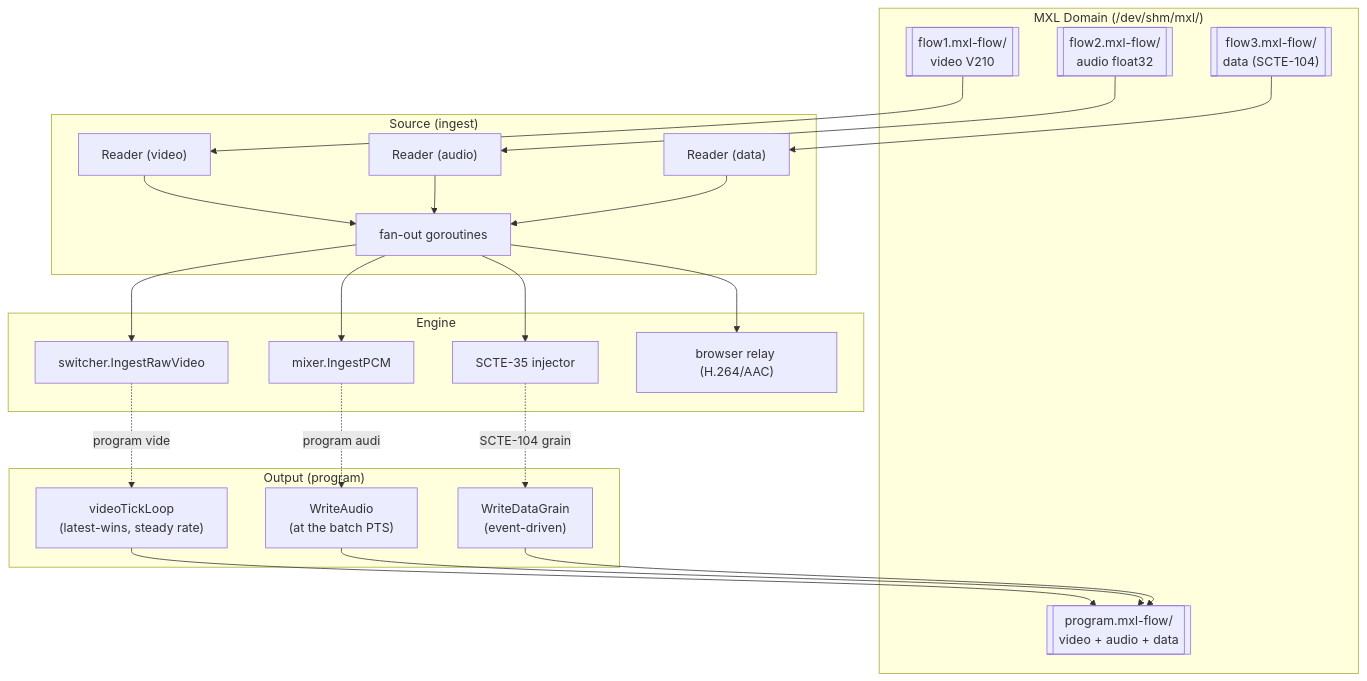
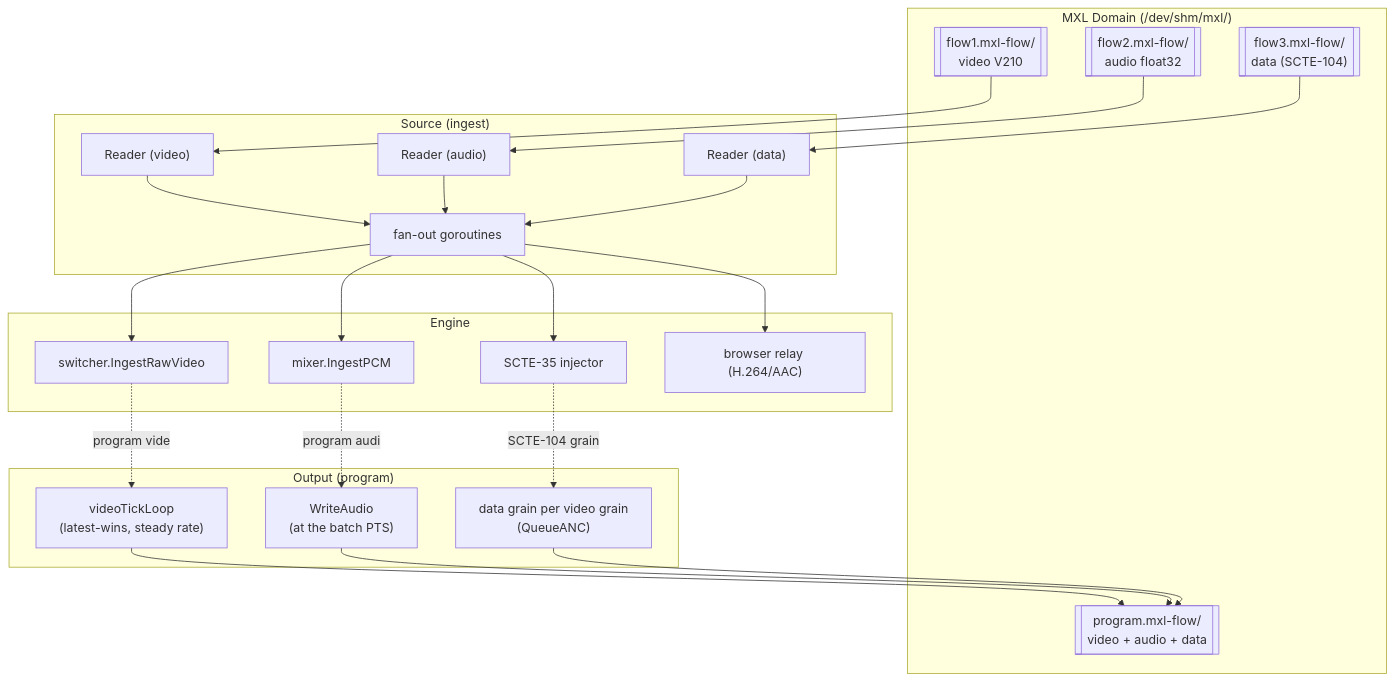
The diagram in docs/subsystems/mxl.md (qvest-digital/dmf-mf-switchframe), drawn with Mermaid before and after one commit. The commit also changed other lines of this file and 17 other files, not shown here.

First line of the commit message:
feat(mxl): write SCTE-104 into an MXL data flow beside the program (#320)

````diff
--- a/docs/subsystems/mxl.md
+++ b/docs/subsystems/mxl.md
@@ -107,47 +107,47 @@
 ```mermaid
 flowchart TB
     subgraph shm ["MXL Domain (/dev/shm/mxl/)"]
         F1[["flow1.mxl-flow/<br/>video V210"]]
         F2[["flow2.mxl-flow/<br/>audio float32"]]
         F3[["flow3.mxl-flow/<br/>data (SCTE-104)"]]
         OUT[["program.mxl-flow/<br/>video + audio + data"]]
     end
 
     subgraph src ["Source (ingest)"]
         R1["Reader (video)"]
         R2["Reader (audio)"]
         R3["Reader (data)"]
         FAN["fan-out goroutines"]
     end
 
     subgraph sw ["Engine"]
         SWI["switcher.IngestRawVideo"]
         MXI["mixer.IngestPCM"]
         S35["SCTE-35 injector"]
         RELAY["browser relay (H.264/AAC)"]
     end
 
     subgraph outp ["Output (program)"]
         WV["videoTickLoop<br/>(latest-wins, steady rate)"]
         WA["WriteAudio<br/>(at the batch PTS)"]
-        WD["WriteDataGrain<br/>(event-driven)"]
+        WD["data grain per video grain<br/>(QueueANC)"]
     end
 
     F1 --> R1
     F2 --> R2
     F3 --> R3
     R1 --> FAN
     R2 --> FAN
     R3 --> FAN
     FAN --> SWI
     FAN --> MXI
     FAN --> S35
     FAN --> RELAY
 
     SWI -.program video.-> WV
     MXI -.program audio.-> WA
     S35 -.SCTE-104 grain.-> WD
     WV --> OUT
     WA --> OUT
     WD --> OUT
 ```
````
